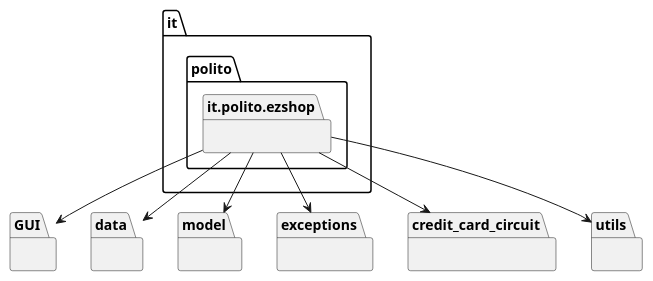
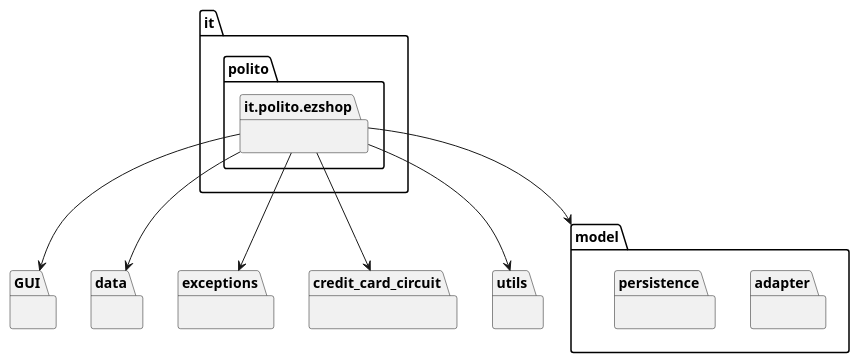
Before and after one commit to polito-se2-21-r03/se1-ezshop: the first of 14 diagrams in Deliverables/DesignDocument.md, drawn with PlantUML. The commit also changed 2 other files, not shown here.

Commit message:
modified designassess document

````diff
--- a/Deliverables/DesignDocument.md
+++ b/Deliverables/DesignDocument.md
@@ -27,21 +27,24 @@
 ```plantuml
 @startuml
 
 package "it.polito.ezshop" {}
 
 package "GUI" {}
 package "data" {}
-package "model" {}
+package "model" {
+    package "adapter" {}
+    package "persistence" {}
+    }
 package "exceptions" {}
 package "credit_card_circuit" {}
 package "utils" {}
 
 "it.polito.ezshop" --> "GUI"
 "it.polito.ezshop" --> "data"
 "it.polito.ezshop" --> "model"
 "it.polito.ezshop" --> "exceptions"
 "it.polito.ezshop" --> "credit_card_circuit"
 "it.polito.ezshop" --> "utils"
 
 @enduml
 ```
````
